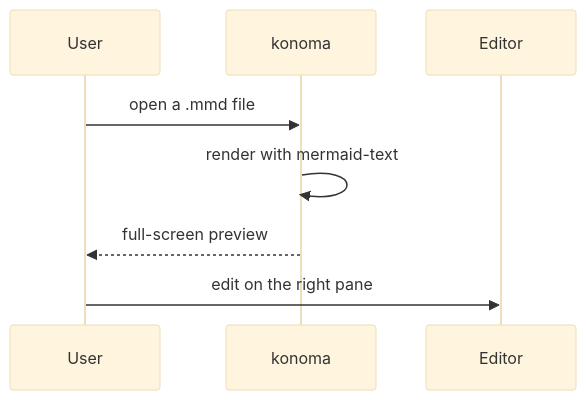
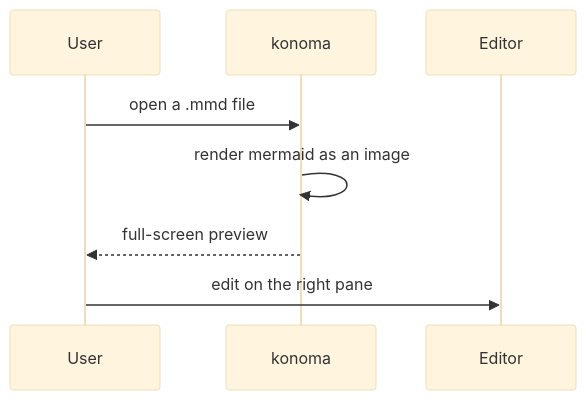
One commit to LESIM-Co-Ltd/konoma changed the diagram in samples/sequence.mmd. Above: the diagram before and after it, drawn with Mermaid (base theme). The commit also changed 10 other files, not shown here.

```diff
--- a/samples/sequence.mmd
+++ b/samples/sequence.mmd
@@ -1,8 +1,8 @@
 sequenceDiagram
   participant U as User
   participant K as konoma
   participant E as Editor
   U->>K: open a .mmd file
-  K->>K: render with mermaid-text
+  K->>K: render mermaid as an image
   K-->>U: full-screen preview
   U->>E: edit on the right pane
```
